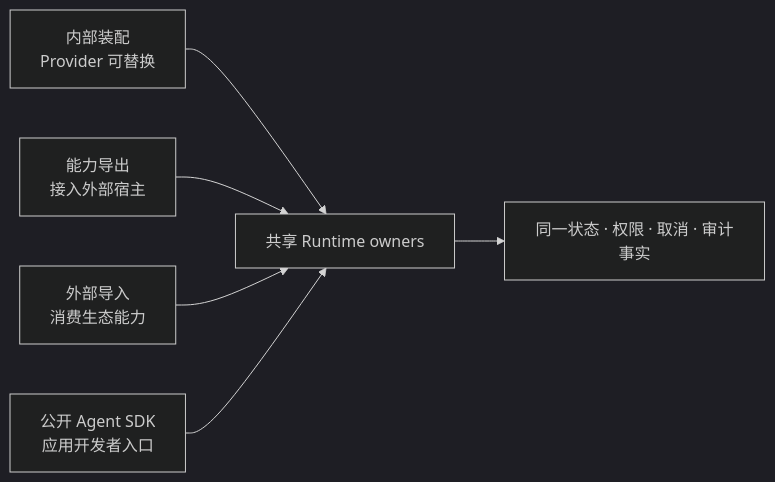
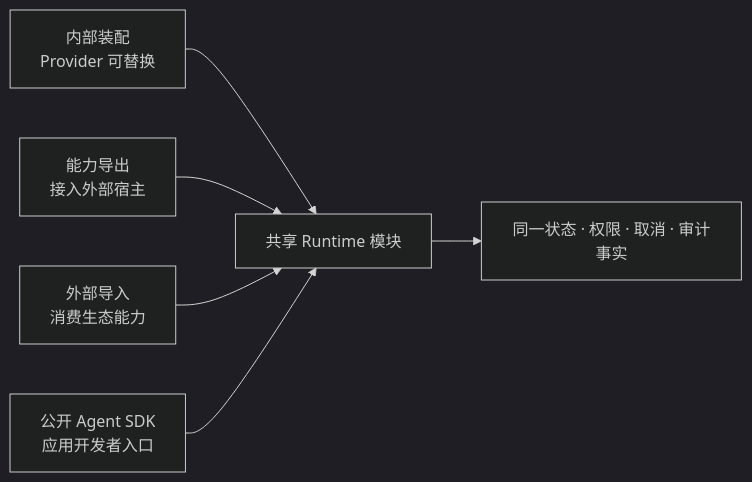
Before and after one commit to 1688mengdie/BitFun: the fifth of 5 diagrams in docs/architecture/extensions/capability-runtime-integration-design.md, drawn with Mermaid (dark theme). The commit also changed other lines of this file and 61 other files, not shown here.

````diff
--- a/docs/architecture/extensions/capability-runtime-integration-design.md
+++ b/docs/architecture/extensions/capability-runtime-integration-design.md
@@ -454,9 +459,9 @@
 ```mermaid
 flowchart LR
-  Assembly["内部装配\nProvider 可替换"] --> Owners["共享 Runtime owners"]
+  Assembly["内部装配\nProvider 可替换"] --> Owners["共享 Runtime 模块"]
   Export["能力导出\n接入外部宿主"] --> Owners
   Import["外部导入\n消费生态能力"] --> Owners
   SDK["公开 Agent SDK\n应用开发者入口"] --> Owners
 
   Owners --> Facts["同一状态 · 权限 · 取消 · 审计事实"]
 ```
````
